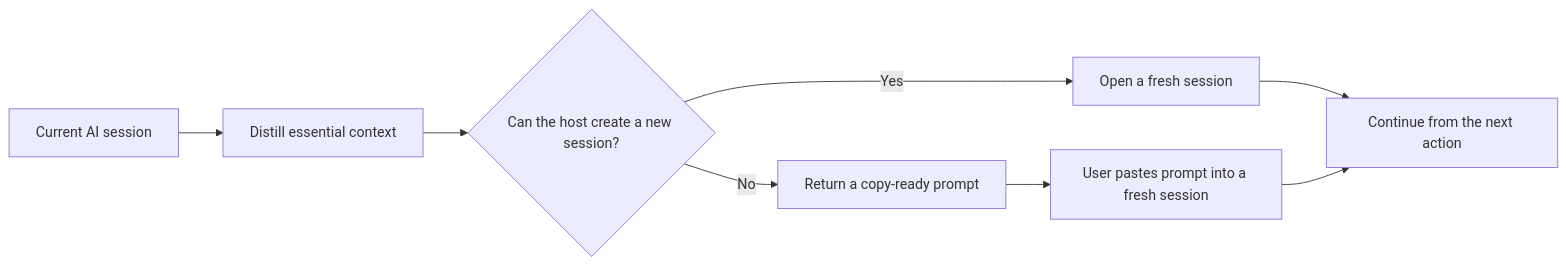
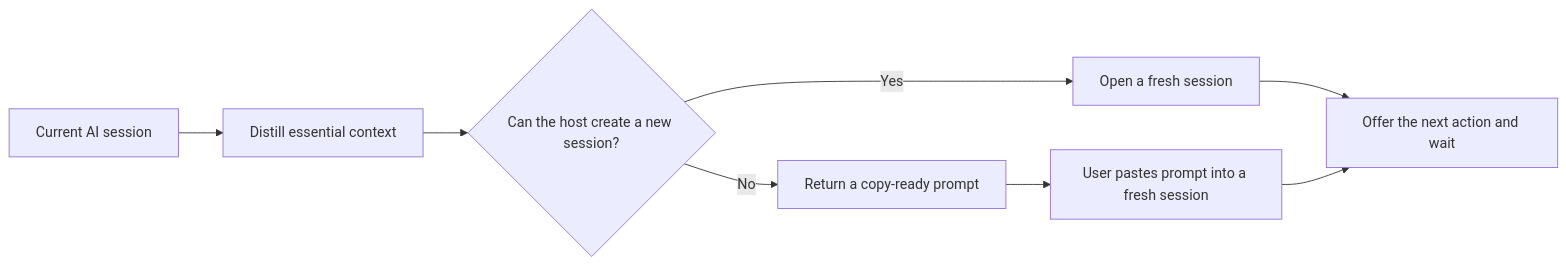
The diagram in README.md (MarkusBonazzi/take-it-from-here), drawn with Mermaid before and after one commit. The commit also changed other lines of this file, not shown here.

````diff
--- a/README.md
+++ b/README.md
@@ -41,10 +41,10 @@
 ```mermaid
 flowchart LR
     A["Current AI session"] --> B["Distill essential context"]
     B --> C{"Can the host create a new session?"}
     C -->|Yes| D["Open a fresh session"]
     C -->|No| E["Return a copy-ready prompt"]
-    D --> F["Continue from the next action"]
+    D --> F["Offer the next action and wait"]
     E --> G["User pastes prompt into a fresh session"]
     G --> F
 ```
````
